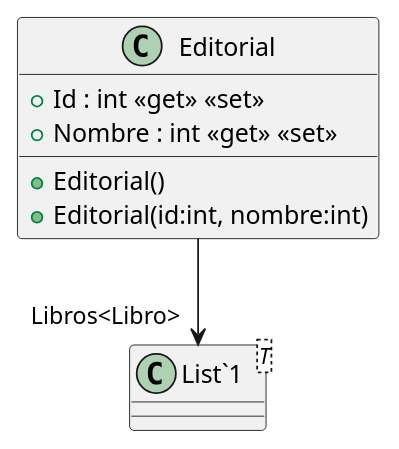
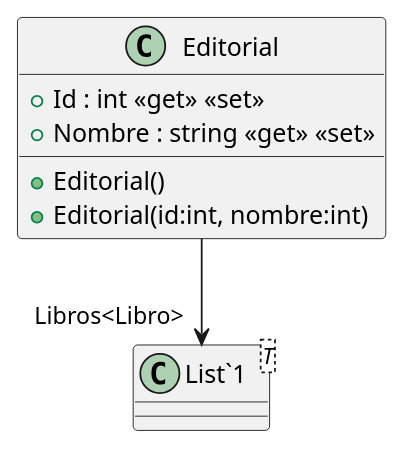
Before and after one commit to ISII2627NeedMoneyForMac/ISII2627NeedMoneyForMac: the diagram in src/AppForSEII.API/ClassDiagram/Editorial.puml, drawn with PlantUML. The commit also changed 17 other files, not shown here.

```diff
--- a/src/AppForSEII.API/ClassDiagram/Editorial.puml
+++ b/src/AppForSEII.API/ClassDiagram/Editorial.puml
@@ -1,11 +1,11 @@
 @startuml
 class Editorial {
     + Editorial()
     + Editorial(id:int, nombre:int)
     + Id : int <<get>> <<set>>
-    + Nombre : int <<get>> <<set>>
+    + Nombre : string <<get>> <<set>>
 }
 class "List`1"<T> {
 }
 Editorial --> "Libros<Libro>" "List`1"
 @enduml
```
